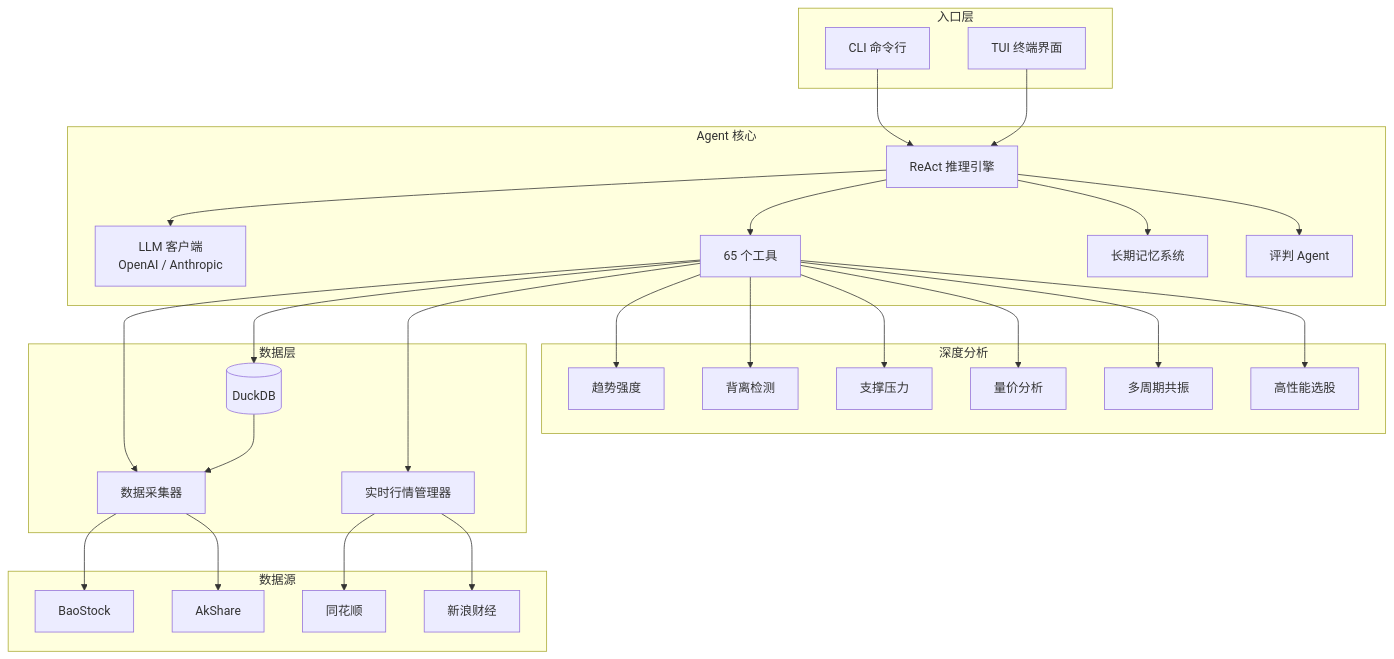
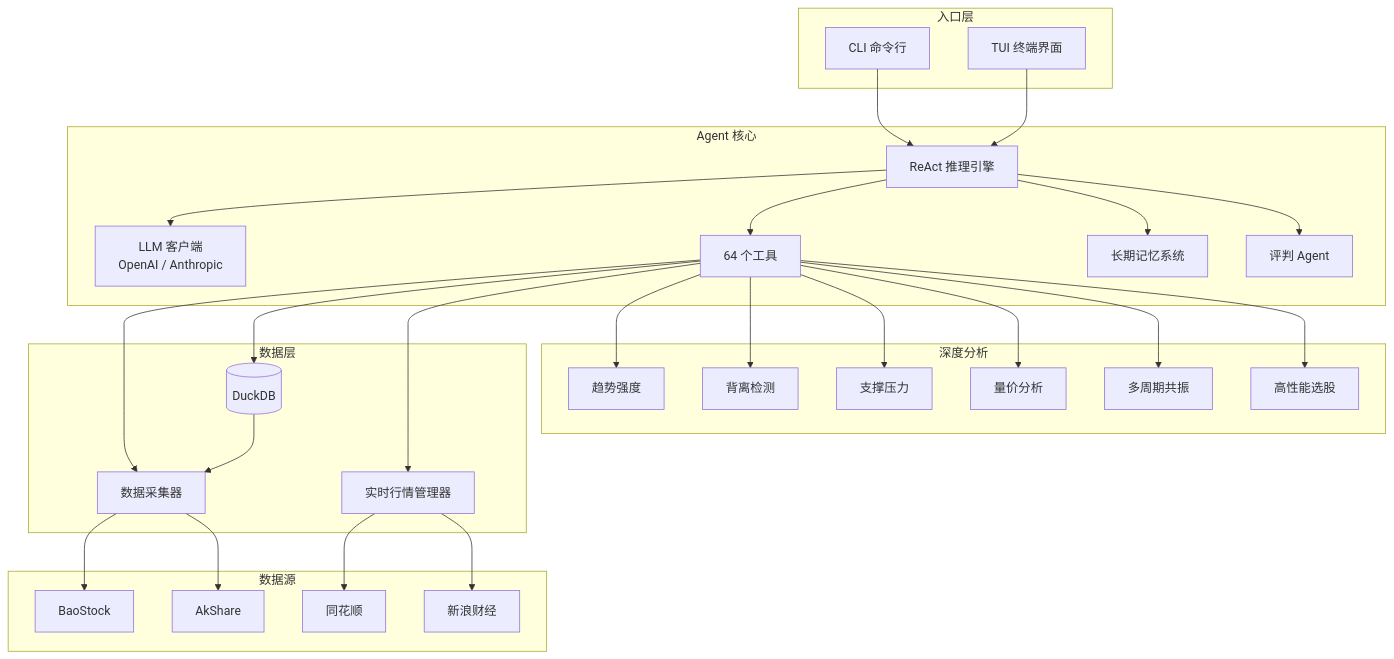
The diagram in README.md (wwyharry/DeepPulse), drawn with Mermaid before and after one commit. The commit also changed other lines of this file and 69 other files, not shown here.

````diff
--- a/README.md
+++ b/README.md
@@ -36,49 +36,49 @@
 ```mermaid
 graph TB
     subgraph 入口层
         CLI[CLI 命令行]
         TUI[TUI 终端界面]
     end
 
     subgraph Agent 核心
         REACT[ReAct 推理引擎]
         CLIENT[LLM 客户端<br/>OpenAI / Anthropic]
-        TOOLS[65 个工具]
+        TOOLS[64 个工具]
         MEMORY[长期记忆系统]
         JUDGE[评判 Agent]
     end
 
     subgraph 深度分析
         TREND[趋势强度]
         DIV[背离检测]
         SR[支撑压力]
         VP[量价分析]
         CONF[多周期共振]
         SCREEN[高性能选股]
     end
 
     subgraph 数据层
         DB[(DuckDB)]
         COLLECT[数据采集器]
         REALTIME[实时行情管理器]
     end
 
     subgraph 数据源
         BS[BaoStock]
         AK[AkShare]
         THS[同花顺]
         SINA[新浪财经]
     end
 
     CLI --> REACT
     TUI --> REACT
     REACT --> CLIENT
     REACT --> TOOLS
     REACT --> MEMORY
     REACT --> JUDGE
     TOOLS --> TREND & DIV & SR & VP & CONF & SCREEN
     TOOLS --> DB & REALTIME & COLLECT
     COLLECT --> BS & AK
     REALTIME --> SINA & THS
     DB --> COLLECT
 ```
````
